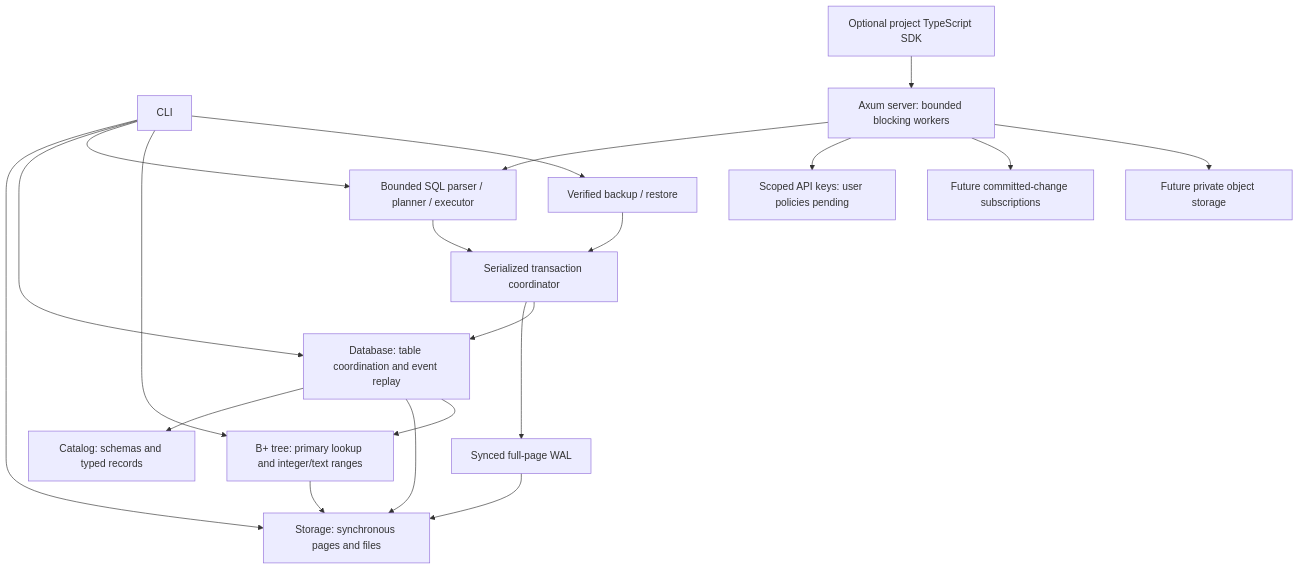
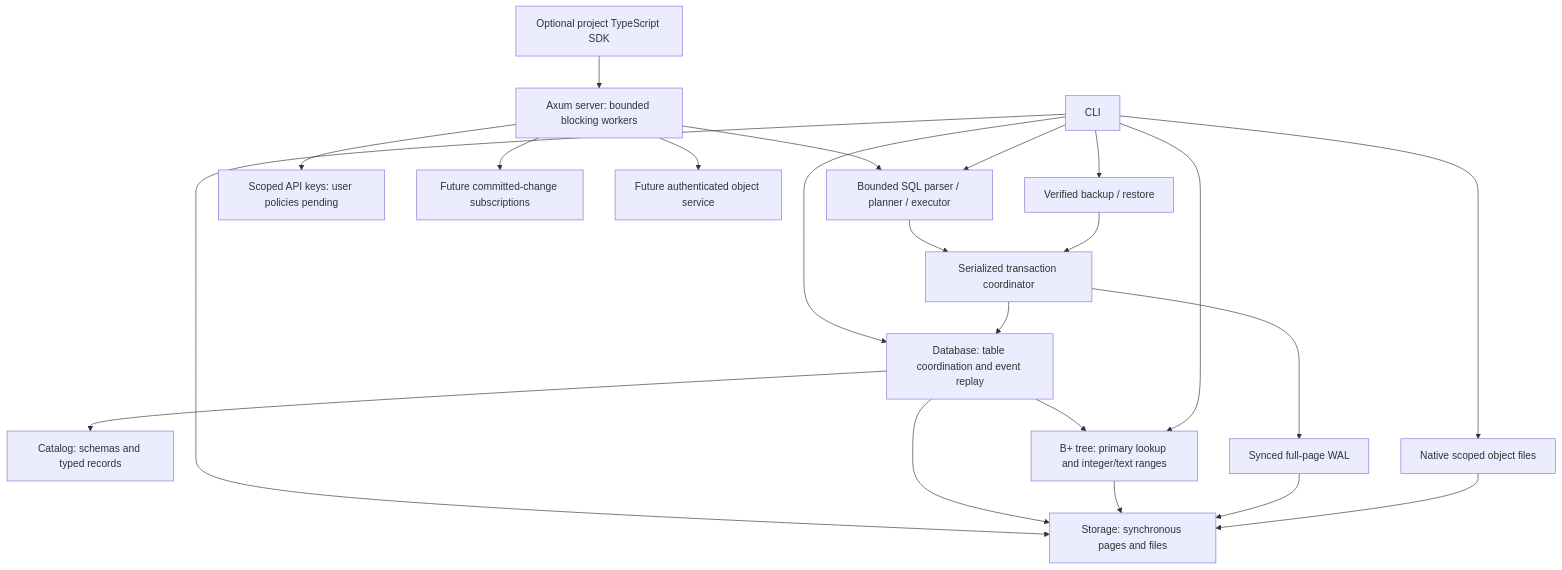
Before and after one commit to vantaeonx/EmilyBase: the diagram in docs/architecture.md, drawn with Mermaid. The commit also changed 26 other files, not shown here.

Commit message:
feat(objects): add scoped checked files and owned publication

````diff
--- a/docs/architecture.md
+++ b/docs/architecture.md
@@ -12,22 +12,24 @@
 ```mermaid
 flowchart TD
   CLI[CLI] --> Storage[Storage: synchronous pages and files]
   CLI --> Database[Database: table coordination and event replay]
   Database --> Catalog[Catalog: schemas and typed records]
   Database --> Storage
   HTTP[Axum server: bounded blocking workers] --> Query[Bounded SQL parser / planner / executor]
   SDK[Optional project TypeScript SDK] --> HTTP
   CLI --> Query
   Query --> Transactions[Serialized transaction coordinator]
   Transactions --> WAL[Synced full-page WAL]
   Transactions --> Database
   Database --> Index[B+ tree: primary lookup and integer/text ranges]
   CLI --> Index
   Index --> Storage
   WAL --> Storage
   HTTP --> Auth[Scoped API keys: user policies pending]
   HTTP --> Realtime[Future committed-change subscriptions]
-  HTTP --> Objects[Future private object storage]
+  HTTP --> Objects[Future authenticated object service]
+  CLI --> ObjectFiles[Native scoped object files]
+  ObjectFiles --> Storage
   CLI --> Backup[Verified backup / restore]
   Backup --> Transactions
 ```
````
